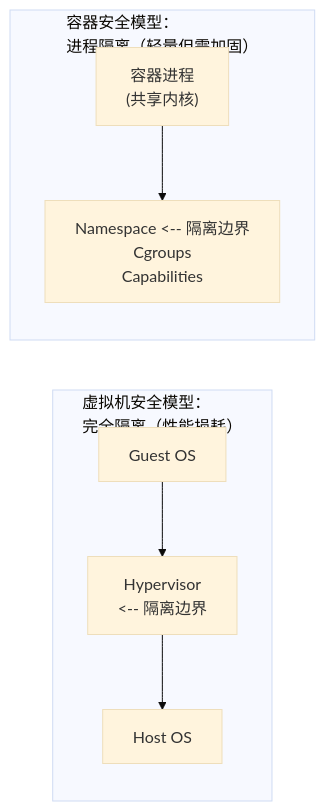
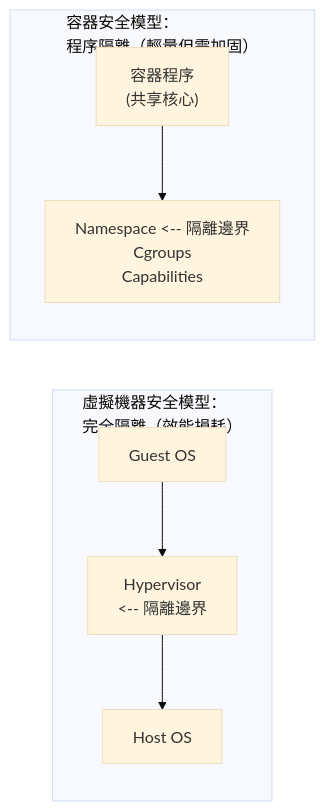
The diagram in 18_security/README.md (alexkuoecity/docker-practice-master-zh-tw), drawn with Mermaid (base theme) before and after one commit. The commit also changed other lines of this file and 200 other files, not shown here.

````diff
--- a/18_security/README.md
+++ b/18_security/README.md
@@ -9,17 +9,17 @@
 ```mermaid
 flowchart LR
-    subgraph VM ["虚拟机安全模型：<br/>完全隔离（性能损耗）"]
+    subgraph VM ["虛擬機器安全模型：<br/>完全隔離（效能損耗）"]
         direction TB
         Guest["Guest OS"]
-        Hyper["Hypervisor<br/>&lt;-- 隔离边界"]
+        Hyper["Hypervisor<br/>&lt;-- 隔離邊界"]
         Host["Host OS"]
         Guest --> Hyper --> Host
     end
 
-    subgraph Container ["容器安全模型：<br/>进程隔离（轻量但需加固）"]
+    subgraph Container ["容器安全模型：<br/>程序隔離（輕量但需加固）"]
         direction TB
-        Proc["容器进程<br/>(共享内核)"]
-        Mech["Namespace &lt;-- 隔离边界<br/>Cgroups<br/>Capabilities"]
+        Proc["容器程序<br/>(共享核心)"]
+        Mech["Namespace &lt;-- 隔離邊界<br/>Cgroups<br/>Capabilities"]
         Proc --> Mech
     end
 ```
````
